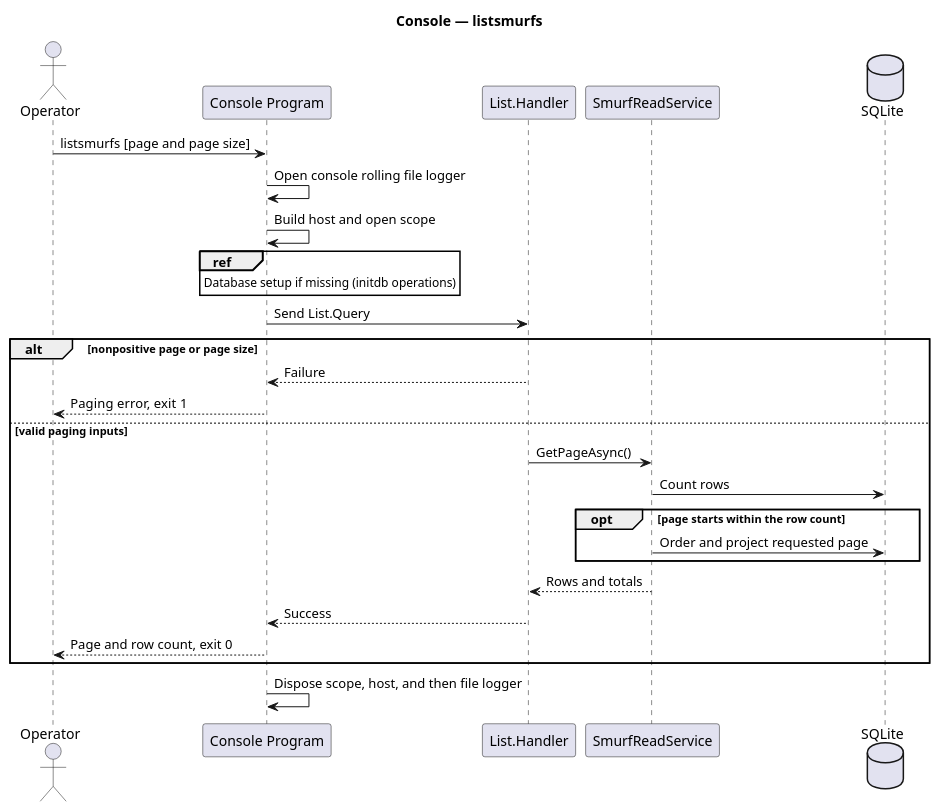
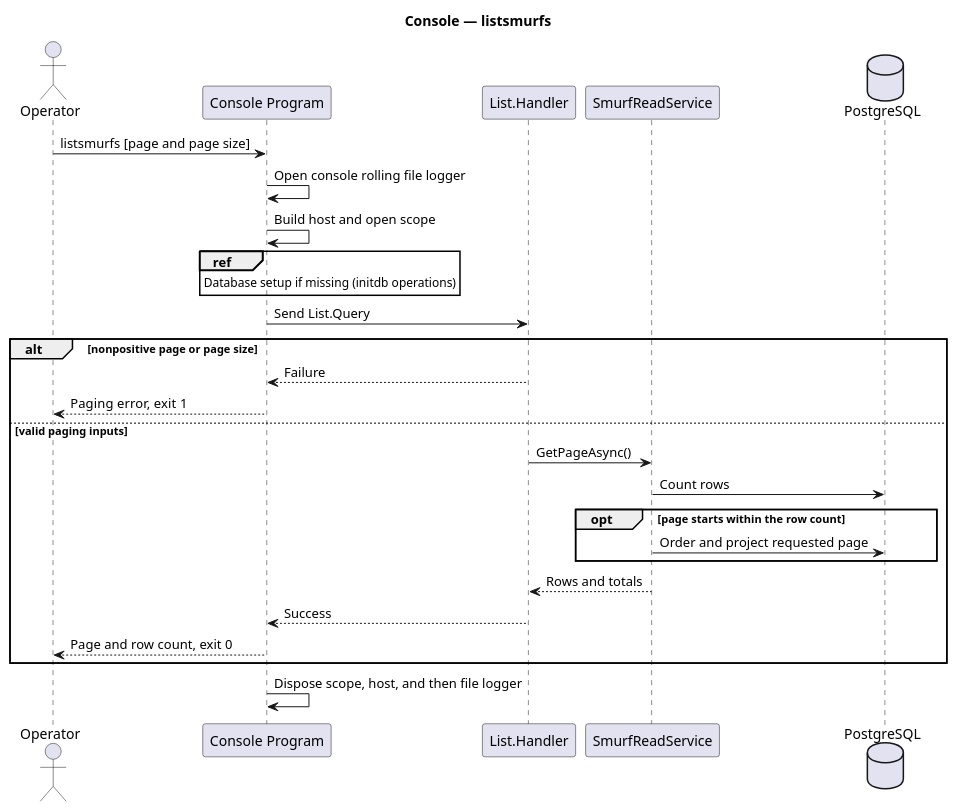
One commit to EbbeMeloSorensen/Smurfs changed the diagram in docs/behavioral/diagrams/console-listsmurfs.puml. Above: the diagram before and after it, drawn with PlantUML. The commit also changed 16 other files, not shown here.

```diff
--- a/docs/behavioral/diagrams/console-listsmurfs.puml
+++ b/docs/behavioral/diagrams/console-listsmurfs.puml
@@ -1,28 +1,28 @@
 @startuml
 title Console — listsmurfs
 actor Operator
 participant "Console Program" as CLI
 participant "List.Handler" as List
 participant SmurfReadService as Read
-database "SQLite" as DB
+database "PostgreSQL" as DB
 
 Operator -> CLI : listsmurfs [page and page size]
 CLI -> CLI : Open console rolling file logger
 CLI -> CLI : Build host and open scope
 ref over CLI : Database setup if missing (initdb operations)
 CLI -> List : Send List.Query
 alt nonpositive page or page size
   List --> CLI : Failure
   CLI --> Operator : Paging error, exit 1
 else valid paging inputs
   List -> Read : GetPageAsync()
   Read -> DB : Count rows
   opt page starts within the row count
     Read -> DB : Order and project requested page
   end
   Read --> List : Rows and totals
   List --> CLI : Success
   CLI --> Operator : Page and row count, exit 0
 end
 CLI -> CLI : Dispose scope, host, and then file logger
 @enduml
```
